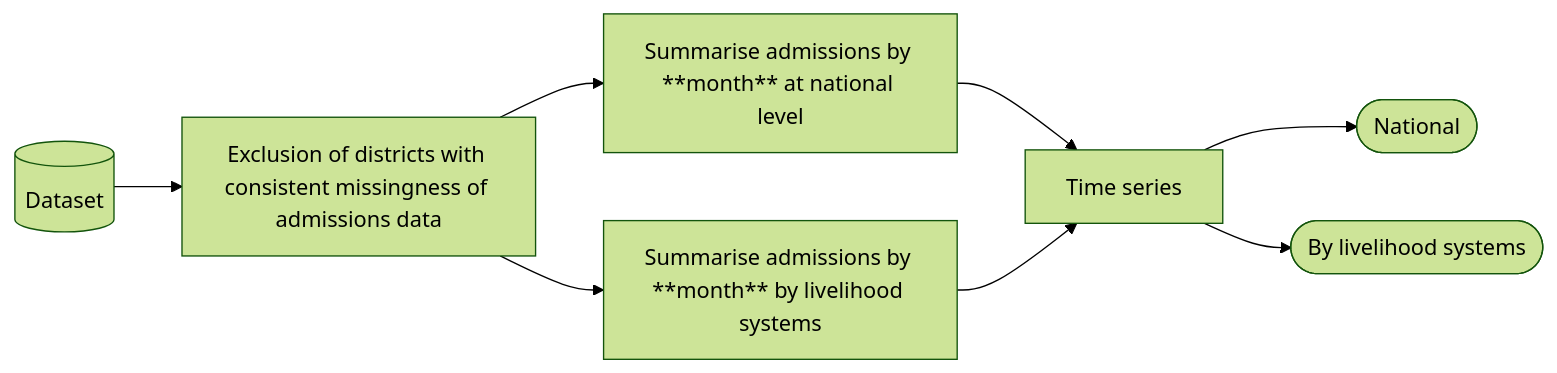
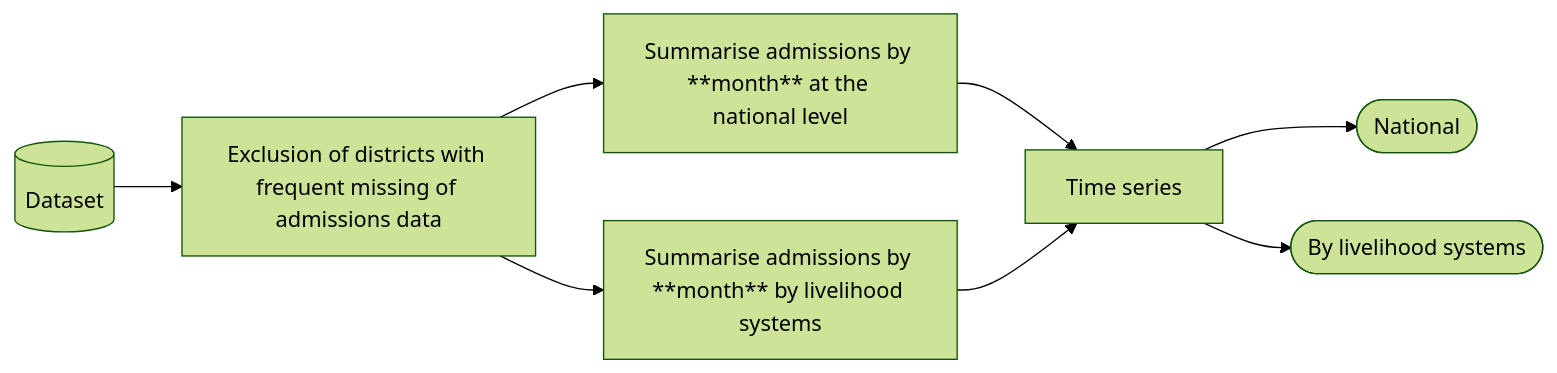
Before and after one commit to nutimes/som-sam-admit: the second of 10 diagrams in report.qmd, drawn with Mermaid (forest theme). The commit also changed other lines of this file, not shown here.

````diff
--- a/report.qmd
+++ b/report.qmd
@@ -70,17 +70,17 @@
 ```{mermaid}
 %%| label: wrangling-workflow
 %%| fig-cap: Data wrangling workflow
 flowchart LR
     A[(Dataset)]
-    B[Exclusion of districts with consistent missingness of admissions data]
-    C[Summarise admissions by **month** at national level]
+    B[Exclusion of districts with frequent missing of admissions data]
+    C[Summarise admissions by **month** at the national level]
     D[Summarise admissions by **month** by livelihood systems]
     E[Time series]
     F([National])
     G([By livelihood systems])
 
     A --> B --> C --> E
     B --> D --> E
     E --> F
     E --> G
 ```
````
